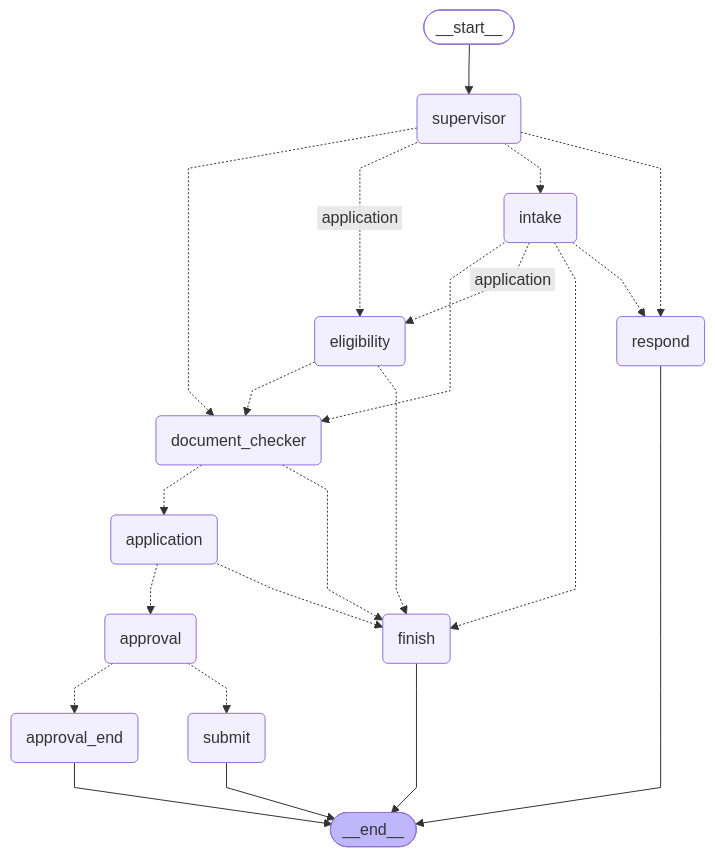
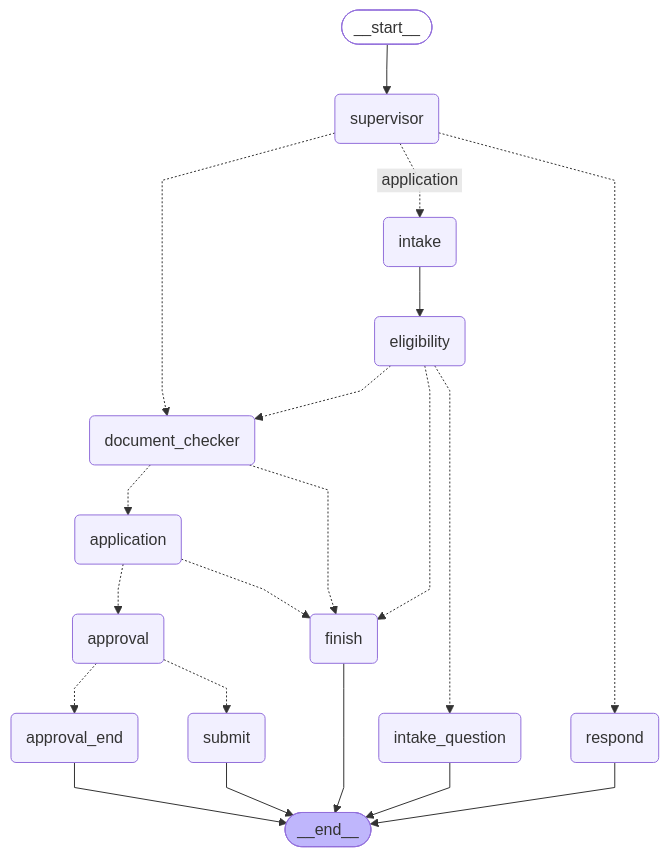
Before and after one commit to scheme-saathi/scheme-saathi: the diagram in docs/workflow-graph.md, drawn with Mermaid. The commit also changed 10 other files, not shown here.

First line of the commit message:
feat(intake): ask one question per turn that settles the most open verdicts

````diff
--- a/docs/workflow-graph.md
+++ b/docs/workflow-graph.md
@@ -8,44 +8,43 @@
 ```mermaid
 ---
 config:
   flowchart:
     curve: linear
 ---
 graph TD;
 	__start__([<p>__start__</p>]):::first
 	supervisor(supervisor)
 	intake(intake)
+	intake_question(intake_question)
 	eligibility(eligibility)
 	document_checker(document_checker)
 	application(application)
 	approval(approval)
 	approval_end(approval_end)
 	submit(submit)
 	finish(finish)
 	respond(respond)
 	__end__([<p>__end__</p>]):::last
 	__start__ --> supervisor;
 	application -.-> approval;
 	application -.-> finish;
 	approval -.-> approval_end;
 	approval -.-> submit;
 	document_checker -.-> application;
 	document_checker -.-> finish;
 	eligibility -.-> document_checker;
 	eligibility -.-> finish;
-	intake -.-> document_checker;
-	intake -. &nbsp;application&nbsp; .-> eligibility;
-	intake -.-> finish;
-	intake -.-> respond;
+	eligibility -.-> intake_question;
+	intake --> eligibility;
 	supervisor -.-> document_checker;
-	supervisor -. &nbsp;application&nbsp; .-> eligibility;
-	supervisor -.-> intake;
+	supervisor -. &nbsp;application&nbsp; .-> intake;
 	supervisor -.-> respond;
 	approval_end --> __end__;
 	finish --> __end__;
+	intake_question --> __end__;
 	respond --> __end__;
 	submit --> __end__;
 	classDef default fill:#f2f0ff,line-height:1.2
 	classDef first fill-opacity:0
 	classDef last fill:#bfb6fc
 ```
````
